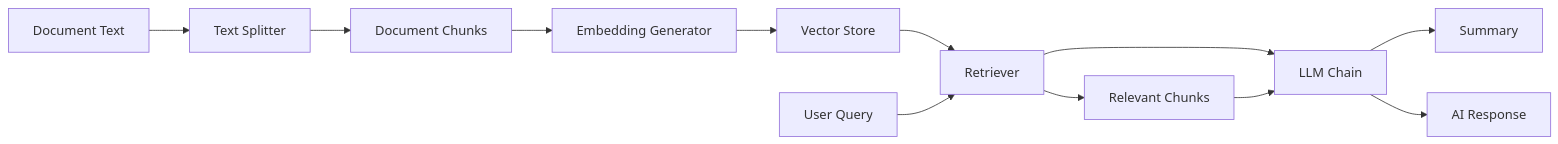
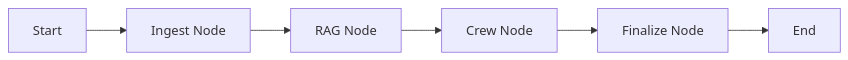
Before and after one commit to Derek-miranda/DocuThinker-AI: the eighth of 26 diagrams in ARCHITECTURE.md, drawn with Mermaid. The commit also changed other lines of this file and 36 other files, not shown here.

````diff
--- a/ARCHITECTURE.md
+++ b/ARCHITECTURE.md
@@ -564,15 +646,8 @@
 ```mermaid
 graph LR
-    A[Document Text] --> B[Text Splitter]
-    B --> C[Document Chunks]
-    C --> D[Embedding Generator]
-    D --> E[Vector Store]
-    E --> F[Retriever]
-    F --> G[LLM Chain]
-    G --> H[Summary]
-
-    I[User Query] --> F
-    F --> J[Relevant Chunks]
-    J --> G
-    G --> K[AI Response]
+    A[Start] --> B[Ingest Node]
+    B --> C[RAG Node]
+    C --> D[Crew Node]
+    D --> E[Finalize Node]
+    E --> F[End]
 ```
````
